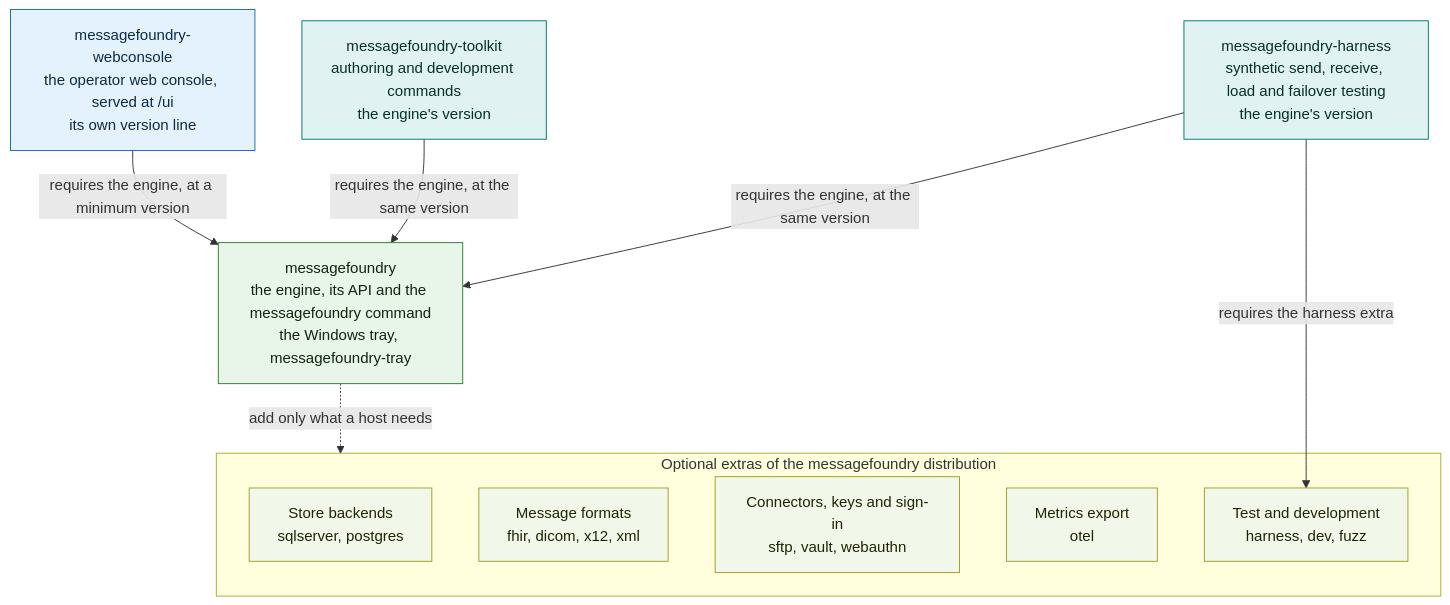
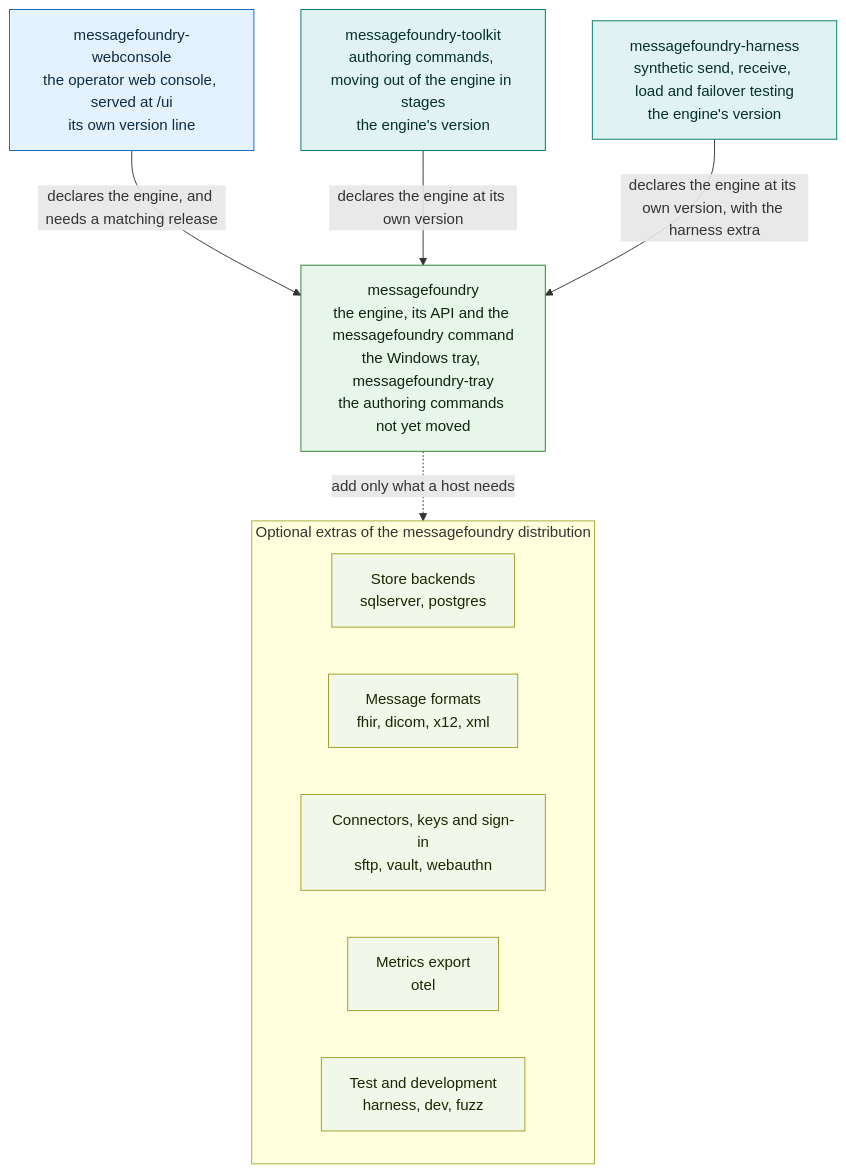
The diagram in docs/INSTALL-GUIDE.md (MEFORORG/MessageFoundry), drawn with Mermaid before and after one commit. The commit also changed other lines of this file and 2 other files, not shown here.

First line of the commit message:
docs(diagrams): apply code-review round one to the three new diagrams

````diff
--- a/docs/INSTALL-GUIDE.md
+++ b/docs/INSTALL-GUIDE.md
@@ -21,27 +21,26 @@
 ```mermaid
 flowchart TB
   classDef core fill:#e8f5e9,stroke:#2e7d32,color:#10240f;
   classDef opstool fill:#e3f2fd,stroke:#1565c0,color:#0d2b45;
   classDef devtool fill:#e0f2f1,stroke:#00796b,color:#06302b;
   classDef cfg fill:#f1f8e9,stroke:#9e9d24,color:#1f2400;
 
   CONSOLE["messagefoundry-webconsole<br/>the operator web console, served at /ui<br/>its own version line"]:::opstool
-  TOOLKIT["messagefoundry-toolkit<br/>authoring and development commands<br/>the engine's version"]:::devtool
+  TOOLKIT["messagefoundry-toolkit<br/>authoring commands, moving out of the engine in stages<br/>the engine's version"]:::devtool
   HARNESS["messagefoundry-harness<br/>synthetic send, receive, load and failover testing<br/>the engine's version"]:::devtool
 
-  ENGINE["messagefoundry<br/>the engine, its API and the messagefoundry command<br/>the Windows tray, messagefoundry-tray"]:::core
+  ENGINE["messagefoundry<br/>the engine, its API and the messagefoundry command<br/>the Windows tray, messagefoundry-tray<br/>the authoring commands not yet moved"]:::core
 
   subgraph EXTRAS["Optional extras of the messagefoundry distribution"]
     XSTORE["Store backends<br/>sqlserver, postgres"]:::cfg
     XFORMAT["Message formats<br/>fhir, dicom, x12, xml"]:::cfg
     XCONN["Connectors, keys and sign-in<br/>sftp, vault, webauthn"]:::cfg
     XMETRIC["Metrics export<br/>otel"]:::cfg
     XTEST["Test and development<br/>harness, dev, fuzz"]:::cfg
   end
 
-  CONSOLE -->|"requires the engine, at a minimum version"| ENGINE
-  TOOLKIT -->|"requires the engine, at the same version"| ENGINE
-  HARNESS -->|"requires the engine, at the same version"| ENGINE
-  HARNESS -->|"requires the harness extra"| XTEST
+  CONSOLE -->|"declares the engine, and needs a matching release"| ENGINE
+  TOOLKIT -->|"declares the engine at its own version"| ENGINE
+  HARNESS -->|"declares the engine at its own version, with the harness extra"| ENGINE
   ENGINE -.->|"add only what a host needs"| EXTRAS
 ```
````
